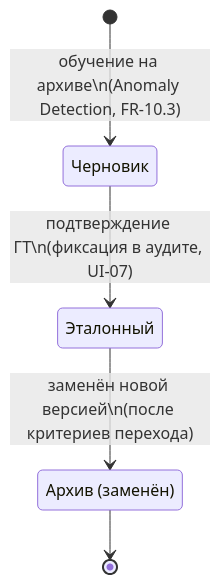
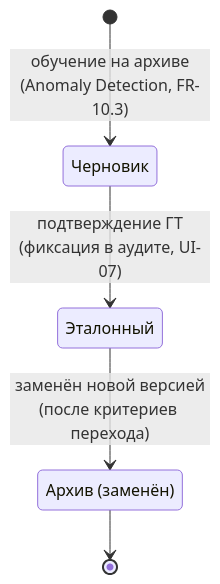
One commit to igorvolk1961/water_checker changed the second of 4 diagrams in docs/system_analysis/diagrams/state_model_and_batch.md. Above: the diagram before and after it, drawn with Mermaid. The commit also changed other lines of this file and 4 other files, not shown here.

Commit message:
Fix mermaid parse error: remove semicolons in labels and use <br/> instead of literal backslash-n

````diff
--- a/docs/system_analysis/diagrams/state_model_and_batch.md
+++ b/docs/system_analysis/diagrams/state_model_and_batch.md
@@ -23,10 +23,10 @@
 ```mermaid
 stateDiagram-v2
     state "Черновик" as B1
     state "Эталонный" as B2
     state "Архив (заменён)" as B3
-    [*] --> B1 : обучение на архиве\n(Anomaly Detection, FR-10.3)
-    B1 --> B2 : подтверждение ГТ\n(фиксация в аудите, UI-07)
-    B2 --> B3 : заменён новой версией\n(после критериев перехода)
+    [*] --> B1 : обучение на архиве<br/>(Anomaly Detection, FR-10.3)
+    B1 --> B2 : подтверждение ГТ<br/>(фиксация в аудите, UI-07)
+    B2 --> B3 : заменён новой версией<br/>(после критериев перехода)
     B3 --> [*]
 ```
````
